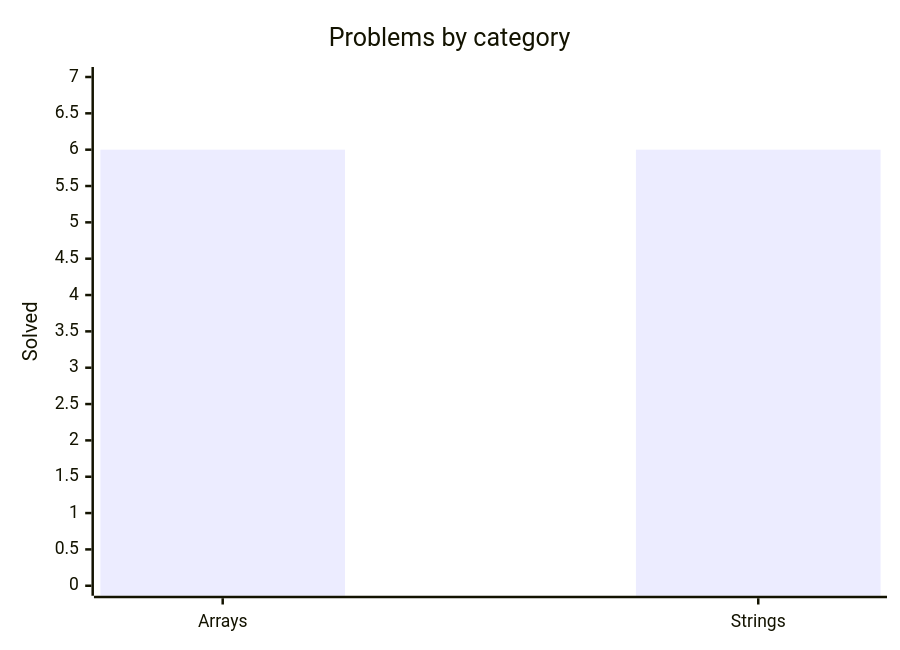
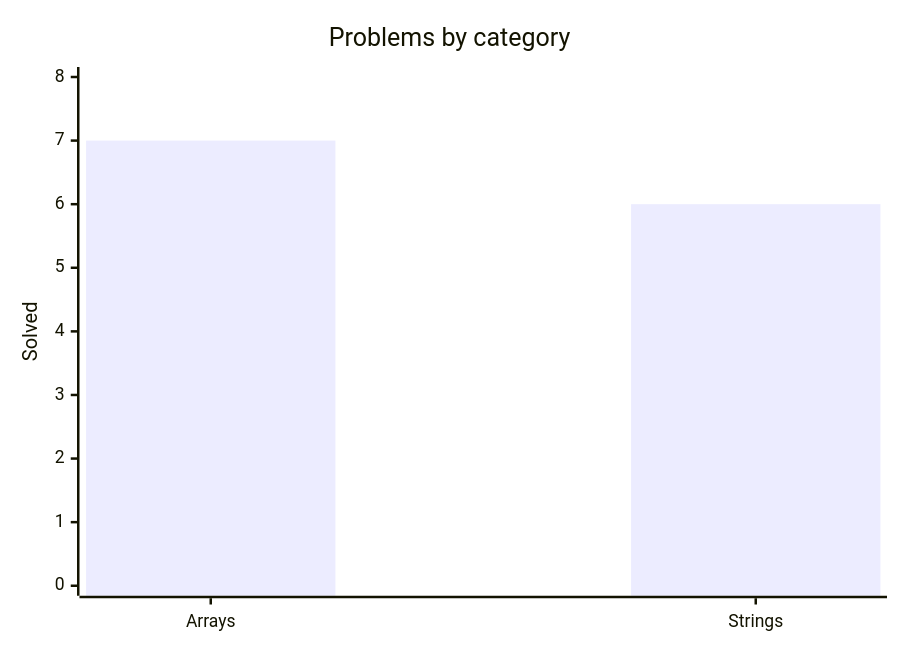
Before and after one commit to mauli-waghmore/data-structures-algorithms-kotlin: the diagram in README.md, drawn with Mermaid. The commit also changed other lines of this file and 1 other file, not shown here.

````diff
--- a/README.md
+++ b/README.md
@@ -35,8 +35,8 @@
 ```mermaid
 %%{init: {"xyChart": {"plotColorPalette": "#7F52FF"}}}%%
 xychart-beta
     title "Problems by category"
     x-axis ["Arrays", "Strings"]
-    y-axis "Solved" 0 --> 7
-    bar [6, 6]
+    y-axis "Solved" 0 --> 8
+    bar [7, 6]
 ```
````
